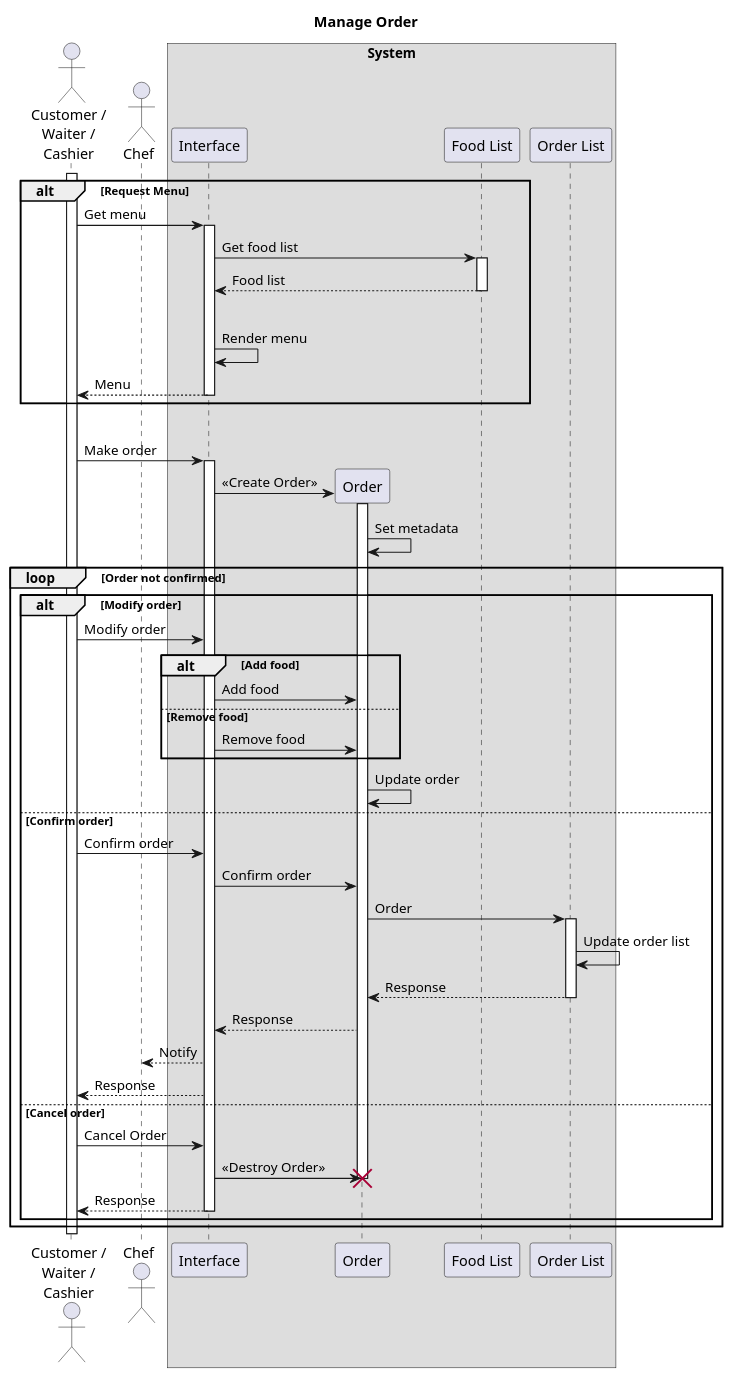
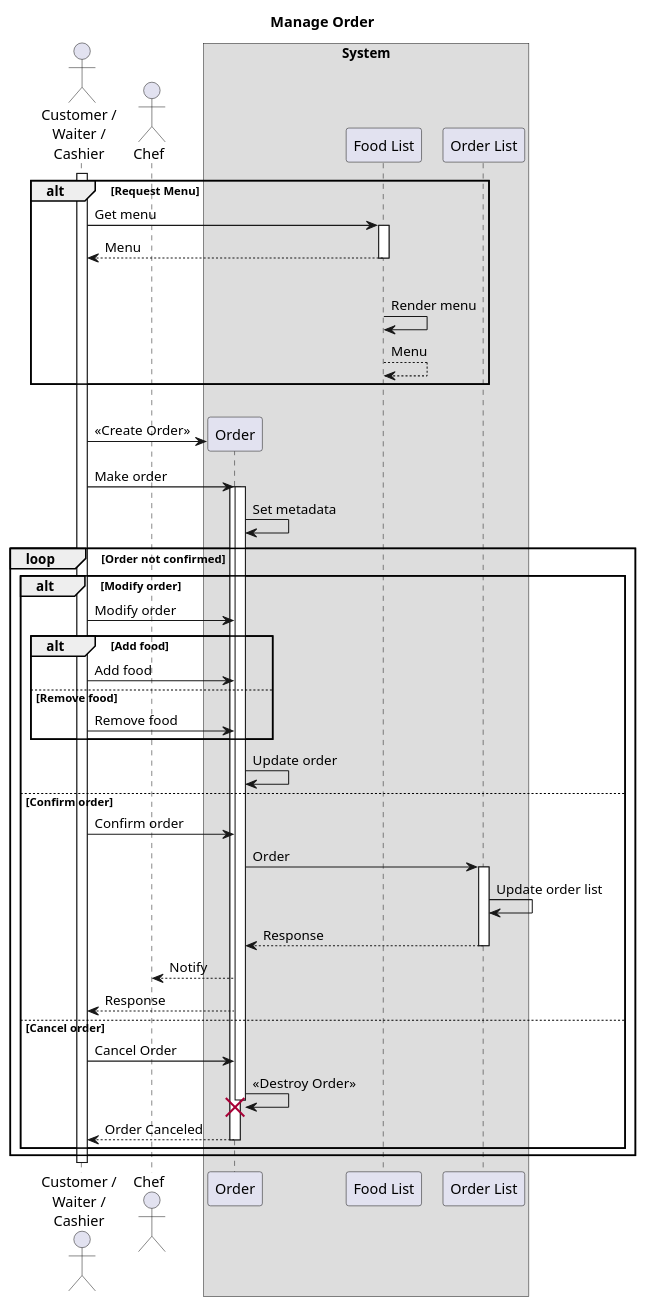
Before and after one commit to Alomory/educational: the diagram in c3113/project/manage_order.pu, drawn with PlantUML.

```diff
--- a/c3113/project/manage_order.pu
+++ b/c3113/project/manage_order.pu
@@ -1,67 +1,68 @@
 @startuml Manage Order
 
 title Manage Order
 
 actor "Customer /\nWaiter /\nCashier" as Maker
 actor Chef
 box System
-    participant Interface
+
     participant Order
     participant "Food List" as Foods
     participant "Order List" as Orders
 end box
 
 activate Maker
 
 alt Request Menu
-    Maker -> Interface ++ : Get menu
+    Maker -> Foods ++ : Get menu
 
-    Interface -> Foods ++ : Get food list
-    return Food list
+    
+    return Menu
     |||
-    Interface -> Interface : Render menu
+    Foods -> Foods : Render menu
     return Menu
 end
 
 |||
 
-Maker -> Interface ++ : Make order
 
-Interface -> Order ** : <<Create Order>>
+
+Maker -> Order ** : <<Create Order>>
+Maker -> Order ++ : Make order
 activate Order
 
 Order -> Order: Set metadata
 
 loop Order not confirmed
     alt Modify order
-        Maker -> Interface: Modify order
+        Maker -> Order: Modify order
 
         alt Add food
-            Interface -> Order: Add food
+            Maker -> Order: Add food
         else Remove food
-            Interface -> Order: Remove food
+            Maker -> Order: Remove food
         end
 
         Order -> Order: Update order
     else Confirm order
-        Maker -> Interface: Confirm order
-            Interface -> Order: Confirm order
+        Maker -> Order: Confirm order
+            
                 Order -> Orders ++ : Order
                     Orders -> Orders : Update order list
                 return Response
-            Order --> Interface: Response
-        Interface --> Chef: Notify
-        Interface --> Maker: Response
+            Order -->  Chef: Notify
+        Order --> Maker: Response
     else Cancel order
-        Maker -> Interface: Cancel Order
+        Maker -> Order: Cancel Order
         
-        Interface -> Order !! : <<Destroy Order>>
+        Order -> Order !! : <<Destroy Order>>
+        return Order Canceled
         deactivate Order
 
-        return Response
+        
     end
 end
 
 deactivate Maker
 
 @enduml
```
